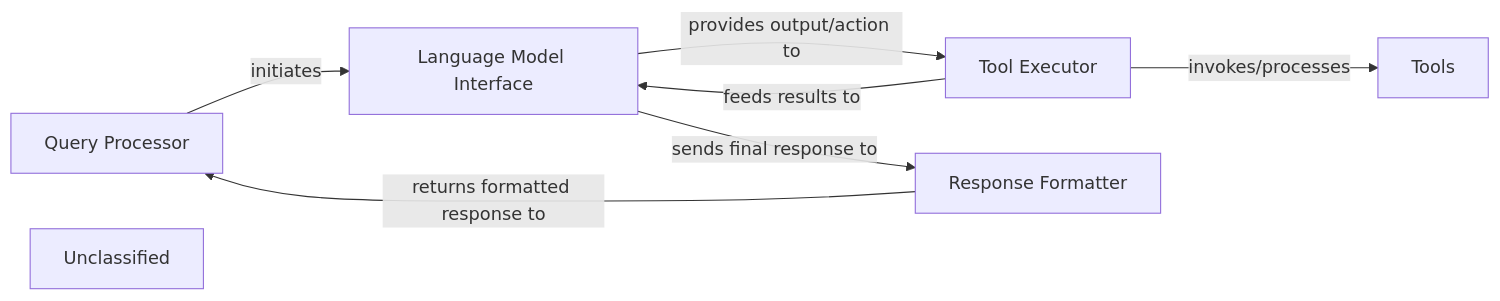
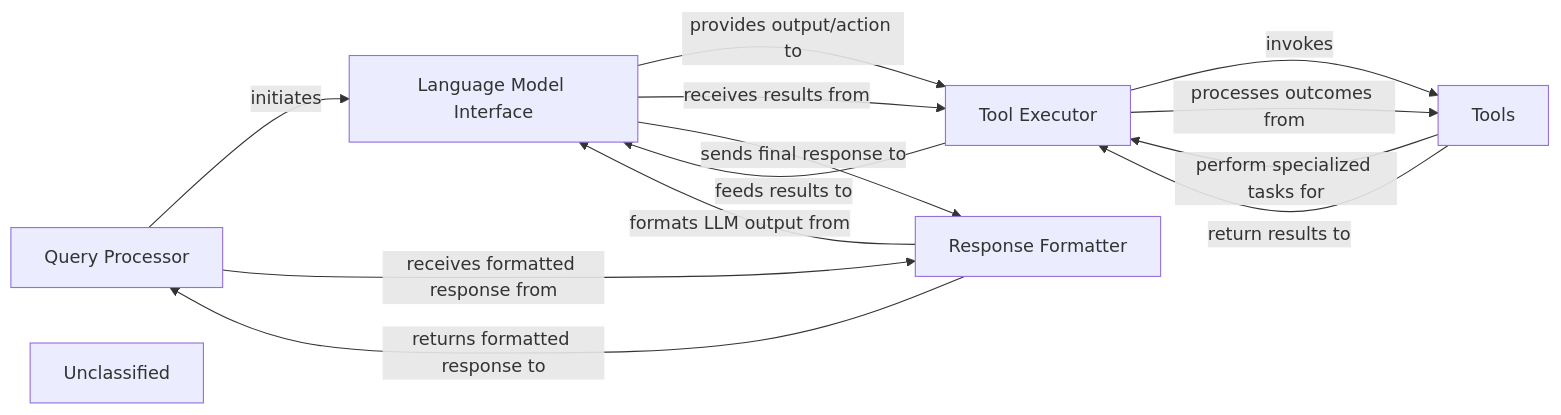
The diagram in .codeboarding/Orchestration_Engine_Agent_Core_.md (CodeBoarding/CodeBoarding), drawn with Mermaid before and after one commit. The commit also changed other lines of this file and 17 other files, not shown here.

First line of the commit message:
docs: update codeboarding documentation and generate architecture

````diff
--- a/.codeboarding/Orchestration_Engine_Agent_Core_.md
+++ b/.codeboarding/Orchestration_Engine_Agent_Core_.md
@@ -1,15 +1,21 @@
 ```mermaid
 graph LR
     Query_Processor["Query Processor"]
     Language_Model_Interface["Language Model Interface"]
     Tool_Executor["Tool Executor"]
     Tools["Tools"]
     Response_Formatter["Response Formatter"]
     Unclassified["Unclassified"]
     Query_Processor -- "initiates" --> Language_Model_Interface
+    Query_Processor -- "receives formatted response from" --> Response_Formatter
     Language_Model_Interface -- "provides output/action to" --> Tool_Executor
-    Tool_Executor -- "invokes/processes" --> Tools
+    Language_Model_Interface -- "receives results from" --> Tool_Executor
+    Language_Model_Interface -- "sends final response to" --> Response_Formatter
+    Tool_Executor -- "invokes" --> Tools
+    Tool_Executor -- "processes outcomes from" --> Tools
     Tool_Executor -- "feeds results to" --> Language_Model_Interface
-    Language_Model_Interface -- "sends final response to" --> Response_Formatter
+    Tools -- "perform specialized tasks for" --> Tool_Executor
+    Tools -- "return results to" --> Tool_Executor
+    Response_Formatter -- "formats LLM output from" --> Language_Model_Interface
     Response_Formatter -- "returns formatted response to" --> Query_Processor
 ```
````
